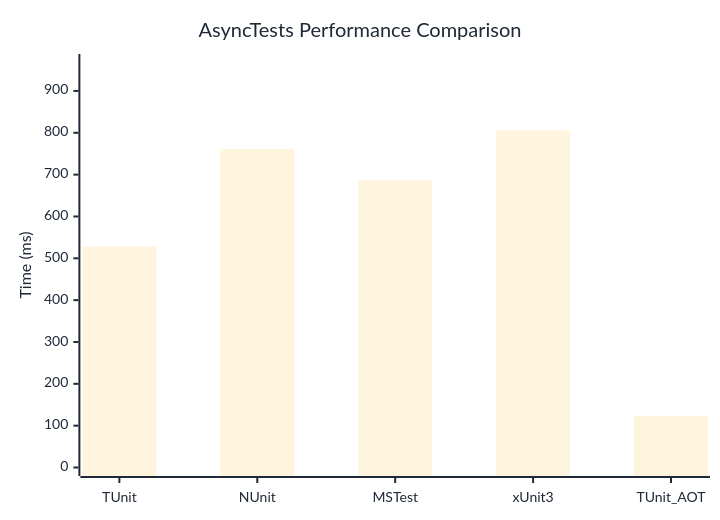
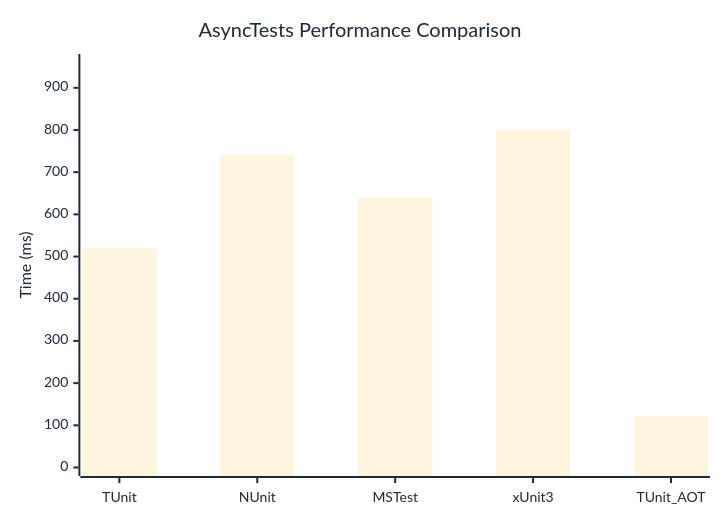
One commit to thomhurst/TUnit changed the diagram in docs/docs/benchmarks/AsyncTests.md. Above: the diagram before and after it, drawn with Mermaid. The commit also changed other lines of this file and 16 other files, not shown here.

````diff
--- a/docs/docs/benchmarks/AsyncTests.md
+++ b/docs/docs/benchmarks/AsyncTests.md
@@ -27,37 +27,37 @@
 ```mermaid
 %%{init: {
   'theme':'base',
   'themeVariables': {
     'primaryColor': '#2563eb',
     'primaryTextColor': '#1f2937',
     'primaryBorderColor': '#1e40af',
     'lineColor': '#6b7280',
     'secondaryColor': '#7c3aed',
     'tertiaryColor': '#dc2626',
     'background': '#ffffff',
     'mainBkg': '#2563eb',
     'secondBkg': '#7c3aed',
     'tertiaryBkg': '#dc2626',
     'clusterBkg': '#f3f4f6',
     'edgeLabelBackground': '#ffffff',
     'tertiaryTextColor': '#1f2937',
     'pie1': '#2563eb',
     'pie2': '#7c3aed',
     'pie3': '#dc2626',
     'pie4': '#f59e0b',
     'pie5': '#10b981',
     'pie6': '#06b6d4',
     'pie7': '#ec4899',
     'pie8': '#6366f1',
     'pie9': '#84cc16',
     'pie10': '#f97316',
     'pie11': '#14b8a6',
     'pie12': '#a855f7'
   }
 }}%%
 xychart-beta
   title "AsyncTests Performance Comparison"
   x-axis ["TUnit", "NUnit", "MSTest", "xUnit3", "TUnit_AOT"]
-  y-axis "Time (ms)" 0 --> 968
-  bar [528.4, 761.5, 687.1, 806.2, 122.4]
+  y-axis "Time (ms)" 0 --> 960
+  bar [520.7, 740.5, 639.8, 799.6, 122.2]
 ```
````
